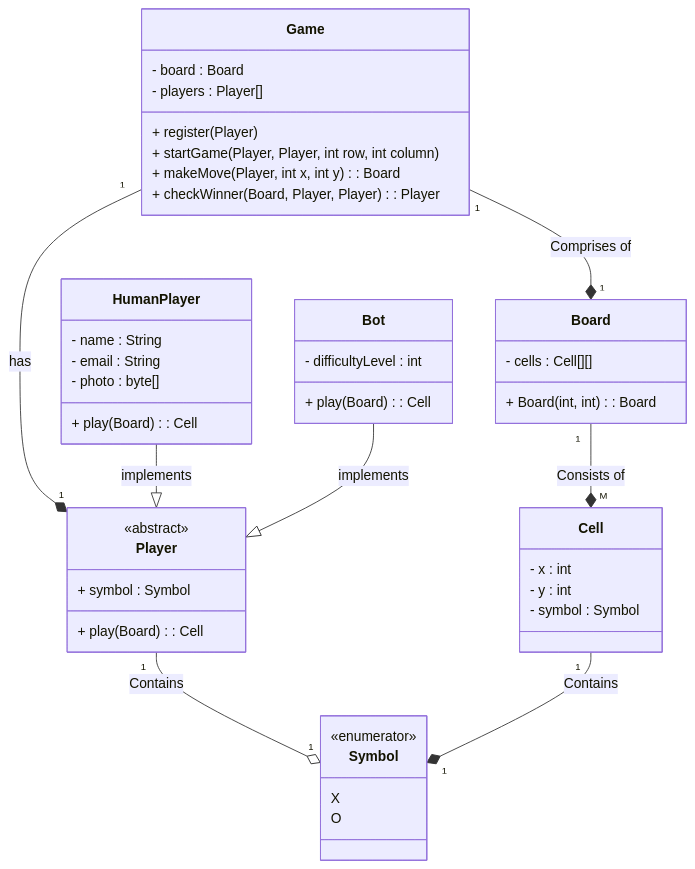
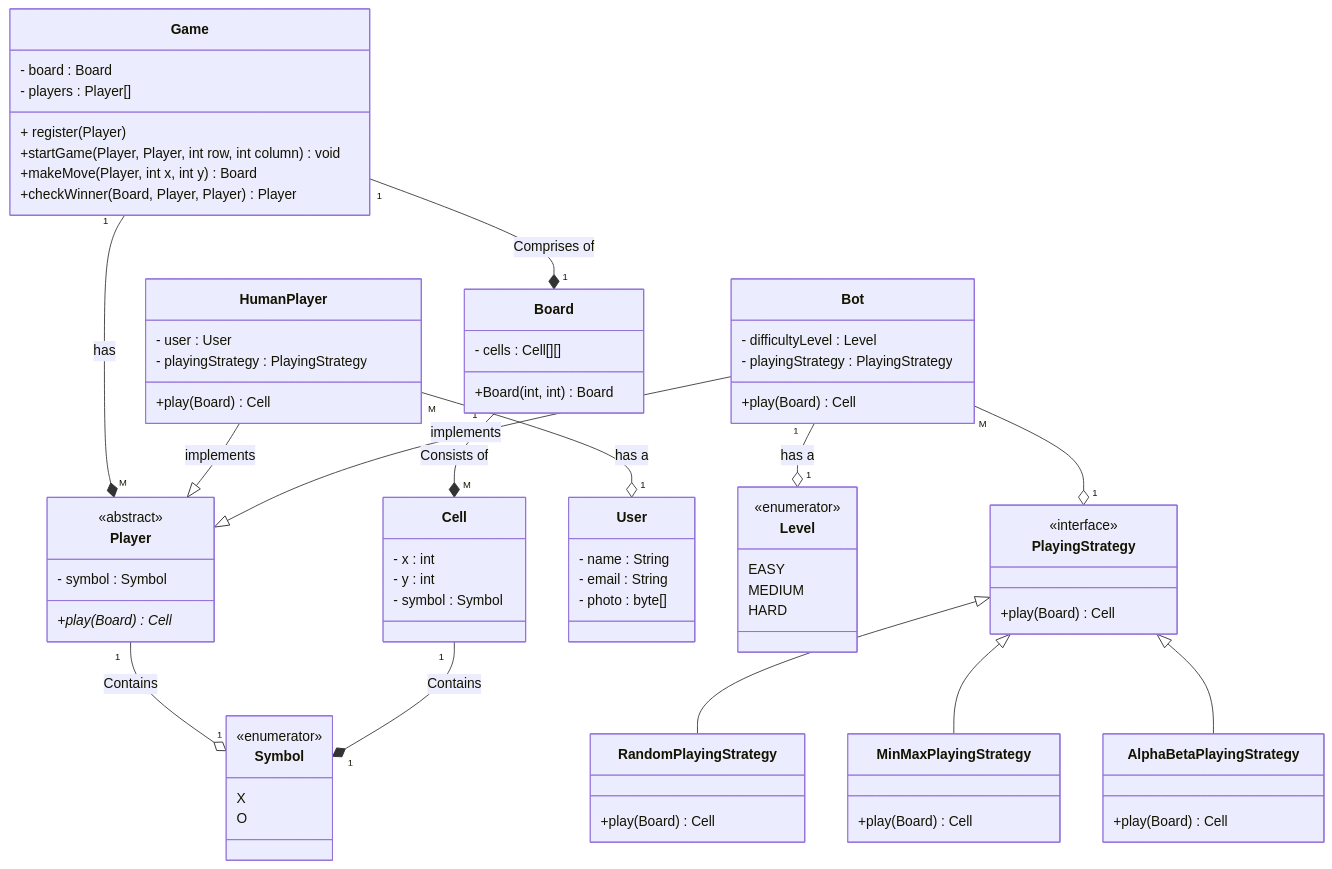
The second of 2 diagrams in TicTacToe/TicTacToe.md (Sheersendu/LLD-Case-Studies), drawn with Mermaid before and after one commit. The commit also changed other lines of this file and 9 other files, not shown here.

````diff
--- a/TicTacToe/TicTacToe.md
+++ b/TicTacToe/TicTacToe.md
@@ -62,47 +62,78 @@
 ```mermaid
 classDiagram
 class Game {
     - board : Board
     - players : Player[]
     + register(Player)
-    + startGame(Player, Player, int row, int column)
-    + makeMove(Player, int x, int y) : Board
-    + checkWinner(Board, Player, Player) : Player
+    +startGame(Player, Player, int row, int column) void
+    +makeMove(Player, int x, int y) Board
+    +checkWinner(Board, Player, Player) Player
 }
 class Board {
     - cells : Cell[][] 
-    + Board(int, int) : Board
+    +Board(int, int)  Board
 }
 class Cell {
     - x : int
     - y : int
     - symbol : Symbol
 }
 class Player {
     <<abstract>>
-    + symbol : Symbol
-    + play(Board) : Cell
+    - symbol : Symbol
+    +play(Board)* Cell
 }
-class HumanPlayer {
+class User {
     - name : String
     - email : String
     - photo : byte[]
-    + play(Board) : Cell
+}
+class HumanPlayer {
+    - user : User
+    - playingStrategy : PlayingStrategy 
+    +play(Board) Cell
 }
 class Bot {
-    - difficultyLevel : int
-    + play(Board) : Cell
+    - difficultyLevel : Level
+    - playingStrategy : PlayingStrategy
+    +play(Board) Cell
 }
 class Symbol {
     <<enumerator>>
     X
     O
 }
+class Level {
+    <<enumerator>>
+    EASY
+    MEDIUM
+    HARD
+}
+class PlayingStrategy {
+    <<interface>>
+    +play(Board) Cell
+}
+class RandomPlayingStrategy {
+    +play(Board) Cell
+}
+class MinMaxPlayingStrategy {
+    +play(Board) Cell
+}
+class AlphaBetaPlayingStrategy {
+    +play(Board) Cell
+}
+
 Game "1" --* "1" Board : Comprises of
 Board "1" --* "M" Cell : Consists of
 Player "1" --o "1" Symbol : Contains
-Game "1" --* "1" Player : has
+Game "1" --* "M" Player : has
 HumanPlayer --|> Player : implements
+HumanPlayer "M" --o "1" User : has a 
 Bot --|> Player : implements
 Cell "1" --* "1" Symbol : Contains
+PlayingStrategy  <|-- RandomPlayingStrategy
+PlayingStrategy  <|-- MinMaxPlayingStrategy
+PlayingStrategy  <|-- AlphaBetaPlayingStrategy
+Bot "M" --o "1" PlayingStrategy
+Bot "1" --o "1" Level : has a 
 ```
````
